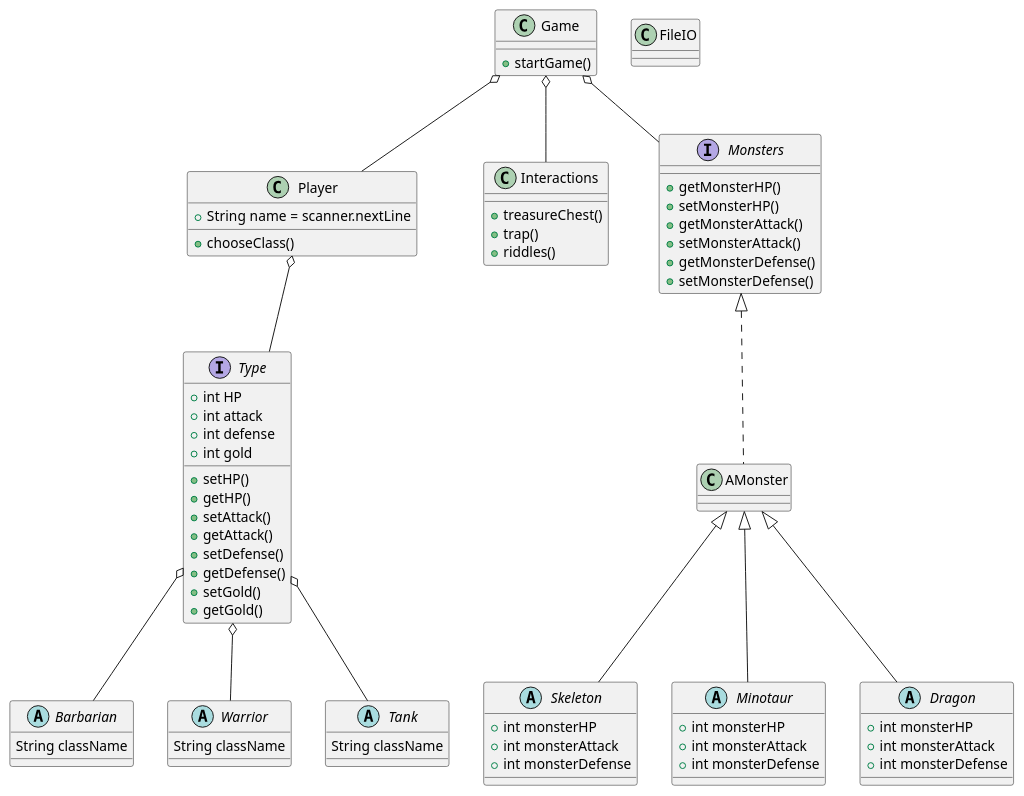
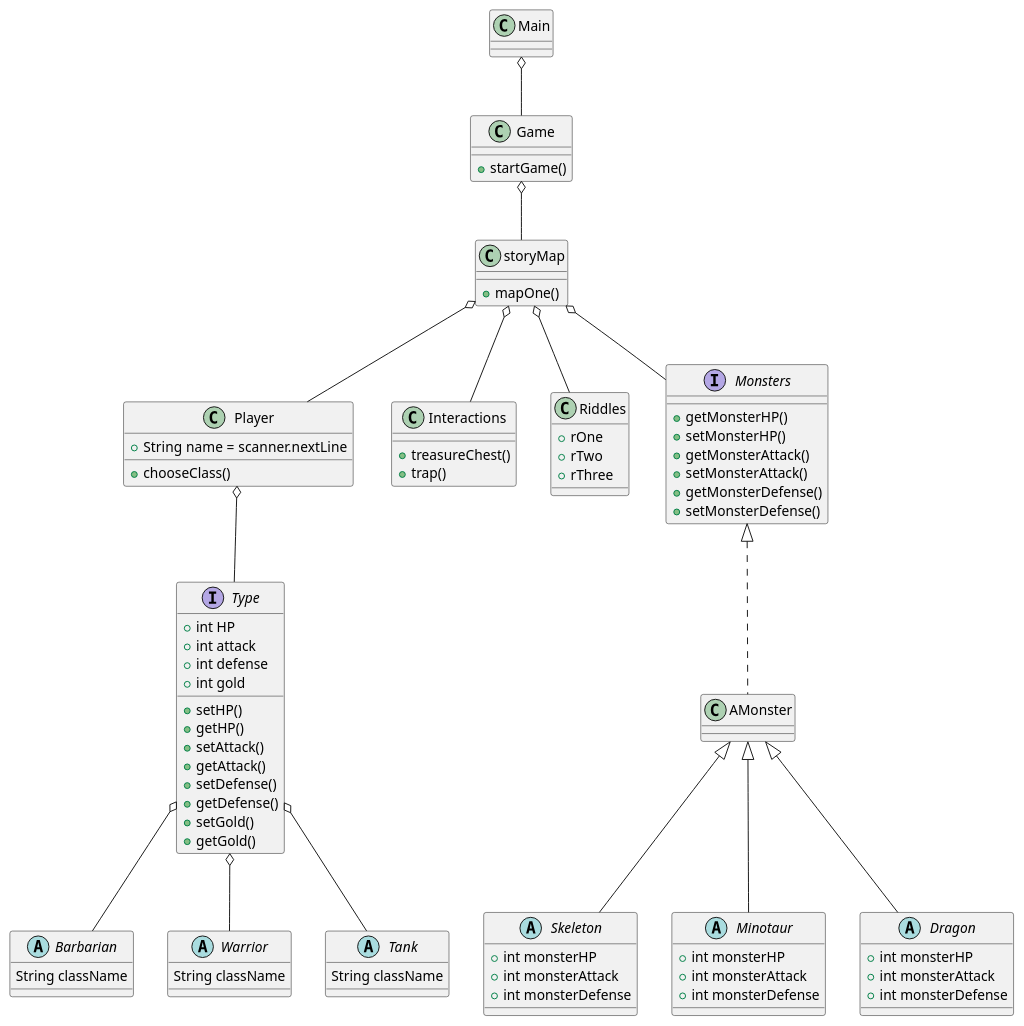
One commit to Berry1196/DungeonCrawler changed the diagram in src/diagrams/ClassDiagram.puml. Above: the diagram before and after it, drawn with PlantUML. The commit also changed other lines of this file and 3 other files, not shown here.

```diff
--- a/src/diagrams/ClassDiagram.puml
+++ b/src/diagrams/ClassDiagram.puml
@@ -1,92 +1,102 @@
 @startuml
+
+Main o-- Game
+Class Main
 
 Class Game {
 +startGame()
 }
 
-Game o-- Player
+storyMap o-- Player
 Class Player {
 + String name = scanner.nextLine
 + chooseClass()
 }
 
-Class FileIO {
-}
+
 Player o-- Type
 Interface Type {
 + int HP
 + int attack
 + int defense
 + int gold
 +setHP()
 +getHP()
 +setAttack()
 +getAttack()
 +setDefense()
 +getDefense()
 +setGold()
 +getGold()
 }
 Type o-- Barbarian
  abstract Class Barbarian {
 String className
 
 }
 
 Type o-- Warrior
  abstract Class Warrior {
 String className
 }
 
 Type o-- Tank
  abstract Class Tank {
 String className
 }
 
-Game o-- Interactions
+storyMap o-- Interactions
 Class Interactions {
 +treasureChest()
 +trap()
-+riddles()
+'riddles()
+}
+
+storyMap o-- Riddles
+Class Riddles {
++rOne
++rTwo
++rThree
 }
 
 
-'Class Stages{
-'stageOne()
-'stageTwo()
-'stageThree()
-
-Game o-- Monsters
+storyMap o-- Monsters
 interface Monsters {
 +getMonsterHP()
 +setMonsterHP()
 +getMonsterAttack()
 +setMonsterAttack()
 +getMonsterDefense()
 +setMonsterDefense()
 }
 Class AMonster implements Monsters{
 
 }
  AMonster <|-- Skeleton
 abstract Class Skeleton {
 +int monsterHP
 +int monsterAttack
 +int monsterDefense
 }
 AMonster <|-- Minotaur
  abstract class Minotaur {
 +int monsterHP
 +int monsterAttack
 +int monsterDefense
 }
 AMonster <|-- Dragon
- abstract Class Dragon  {
+ abstract Class Dragon {
 +int monsterHP
 +int monsterAttack
 +int monsterDefense
 }
 
+Game o-- storyMap
+Class storyMap {
++mapOne()
+}
+
+
 
 
 @enduml
```
